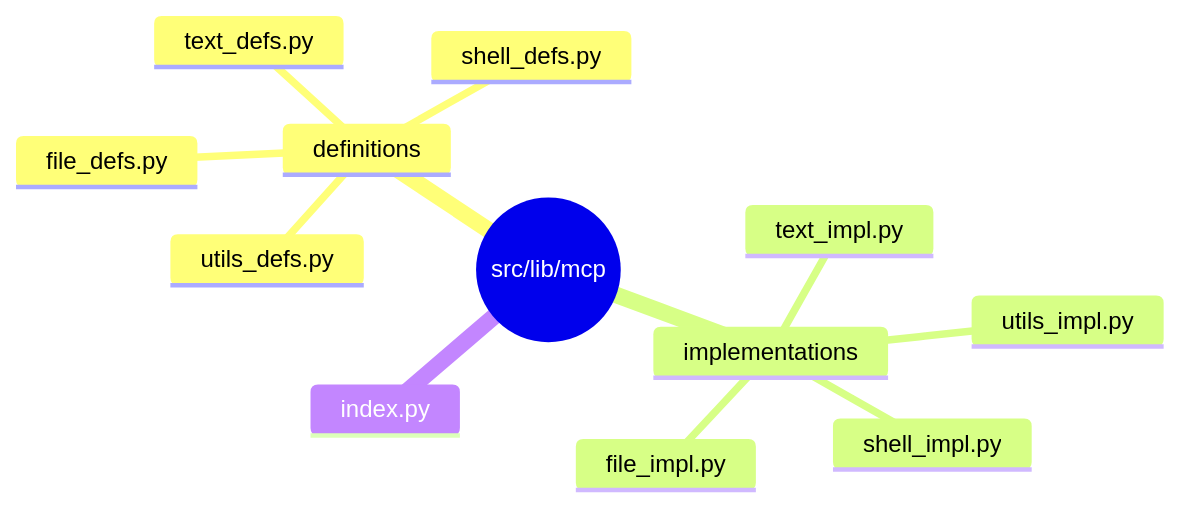
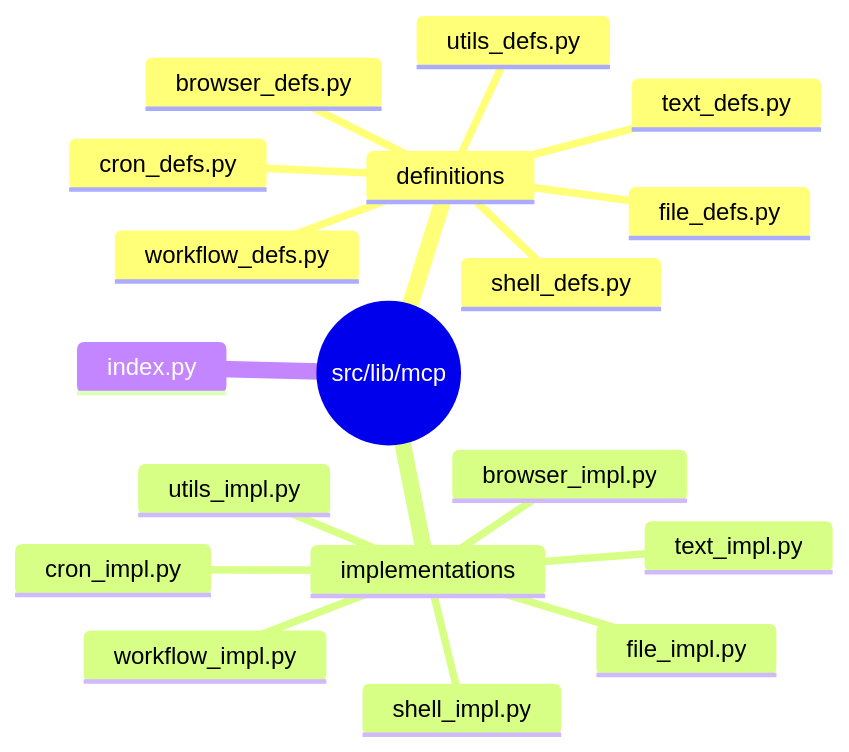
Before and after one commit to AmreetKumarkhuntia/knik: the diagram in docs/guides/mcp.md, drawn with Mermaid. The commit also changed other lines of this file and 28 other files, not shown here.

````diff
--- a/docs/guides/mcp.md
+++ b/docs/guides/mcp.md
@@ -7,15 +7,21 @@
 ```mermaid
 mindmap
   root((src/lib/mcp))
     definitions
       utils_defs.py
       text_defs.py
       shell_defs.py
       file_defs.py
+      browser_defs.py
+      cron_defs.py
+      workflow_defs.py
     implementations
       utils_impl.py
       text_impl.py
       shell_impl.py
       file_impl.py
+      browser_impl.py
+      cron_impl.py
+      workflow_impl.py
     index.py
 ```
````
